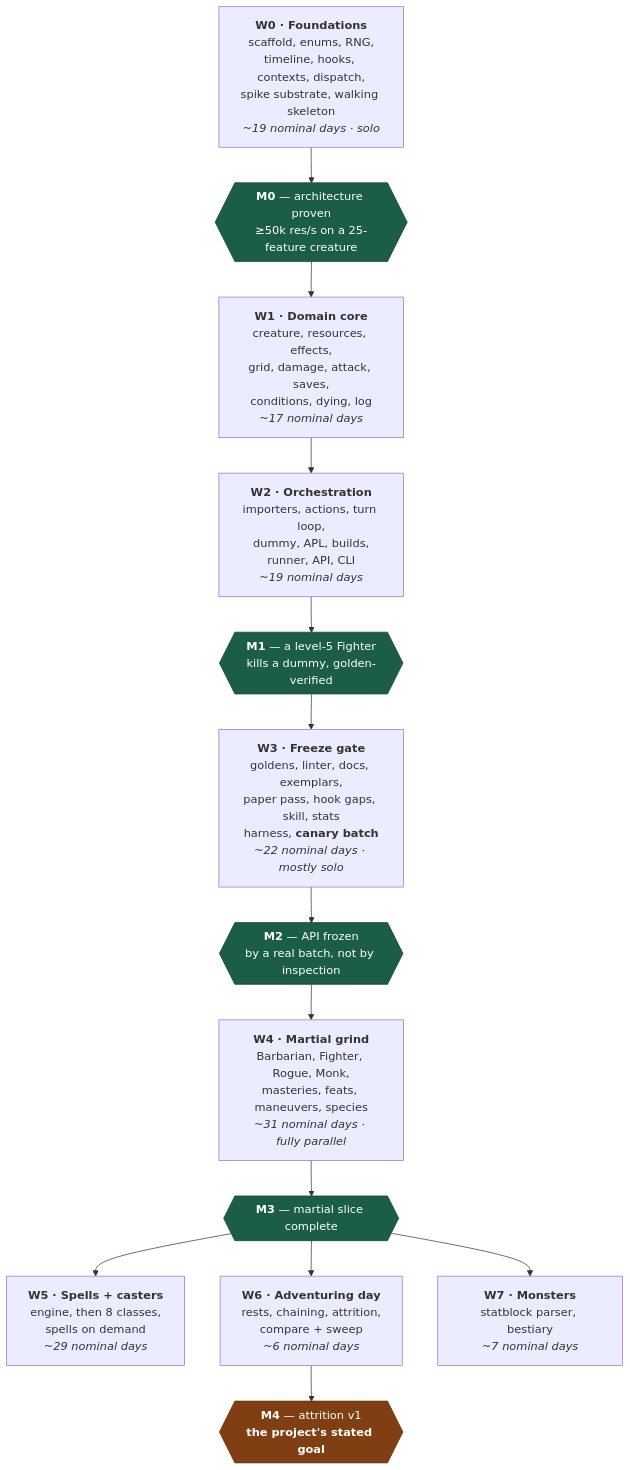
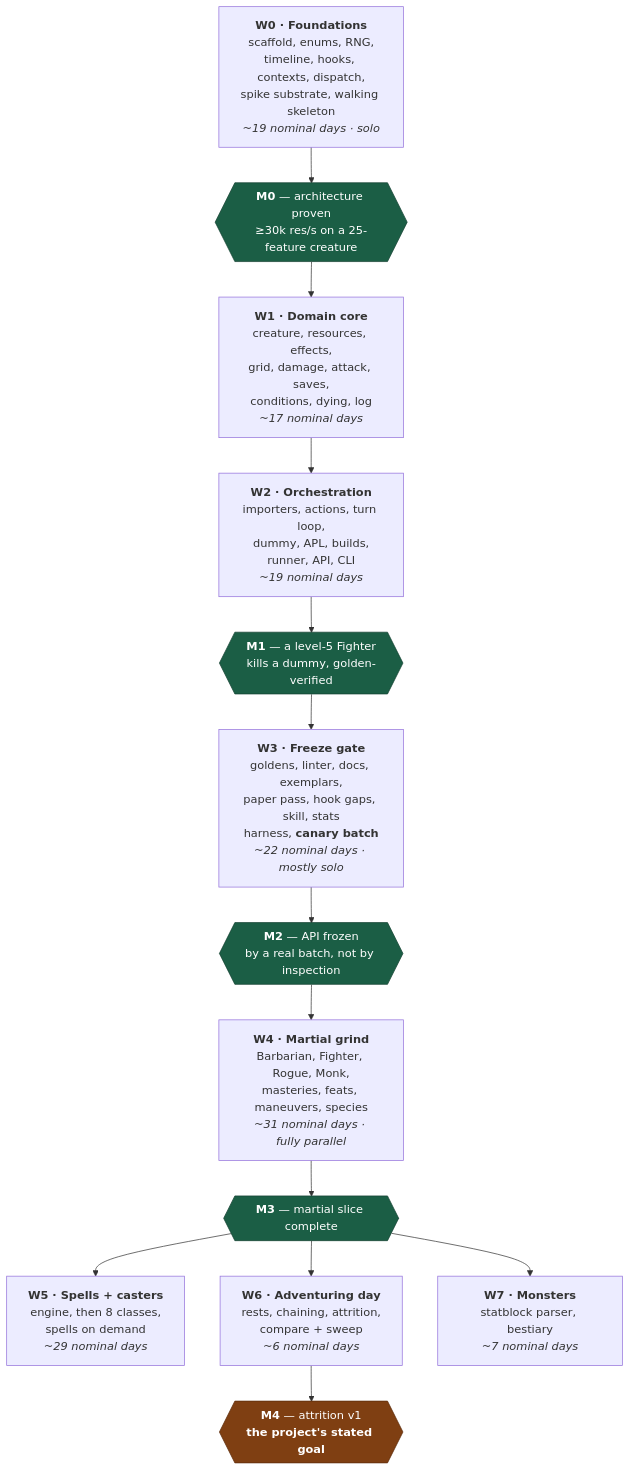
Before and after one commit to Luguza/DnD-Simulator: the diagram in ROADMAP.md, drawn with Mermaid. The commit also changed other lines of this file and 22 other files, not shown here.

````diff
--- a/ROADMAP.md
+++ b/ROADMAP.md
@@ -64,26 +64,26 @@
 ```mermaid
 flowchart TD
     W0["<b>W0 · Foundations</b><br/>scaffold, enums, RNG,<br/>timeline, hooks, contexts, dispatch,<br/>spike substrate, walking skeleton<br/><i>~19 nominal days · solo</i>"]
-    M0{{"<b>M0</b> — architecture proven<br/>≥50k res/s on a 25-feature creature"}}
+    M0{{"<b>M0</b> — architecture proven<br/>≥30k res/s on a 25-feature creature"}}
     W1["<b>W1 · Domain core</b><br/>creature, resources, effects,<br/>grid, damage, attack, saves,<br/>conditions, dying, log<br/><i>~17 nominal days</i>"]
     W2["<b>W2 · Orchestration</b><br/>importers, actions, turn loop,<br/>dummy, APL, builds,<br/>runner, API, CLI<br/><i>~19 nominal days</i>"]
     M1{{"<b>M1</b> — a level-5 Fighter<br/>kills a dummy, golden-verified"}}
     W3["<b>W3 · Freeze gate</b><br/>goldens, linter, docs, exemplars,<br/>paper pass, hook gaps, skill, stats<br/>harness, <b>canary batch</b><br/><i>~22 nominal days · mostly solo</i>"]
     M2{{"<b>M2</b> — API frozen<br/>by a real batch, not by inspection"}}
     W4["<b>W4 · Martial grind</b><br/>Barbarian, Fighter, Rogue, Monk,<br/>masteries, feats, maneuvers, species<br/><i>~31 nominal days · fully parallel</i>"]
     M3{{"<b>M3</b> — martial slice complete"}}
     W5["<b>W5 · Spells + casters</b><br/>engine, then 8 classes,<br/>spells on demand<br/><i>~29 nominal days</i>"]
     W6["<b>W6 · Adventuring day</b><br/>rests, chaining, attrition,<br/>compare + sweep<br/><i>~6 nominal days</i>"]
     M4{{"<b>M4</b> — attrition v1<br/><b>the project's stated goal</b>"}}
     W7["<b>W7 · Monsters</b><br/>statblock parser, bestiary<br/><i>~7 nominal days</i>"]
 
     W0 --> M0 --> W1 --> W2 --> M1 --> W3 --> M2 --> W4 --> M3
     M3 --> W5
     M3 --> W6 --> M4
     M3 --> W7
 
     classDef gate fill:#1b5e45,stroke:#123f2f,color:#ffffff;
     classDef goal fill:#7f3f12,stroke:#5c2d0d,color:#ffffff;
     class M0,M1,M2,M3 gate;
     class M4 goal;
 ```
````
